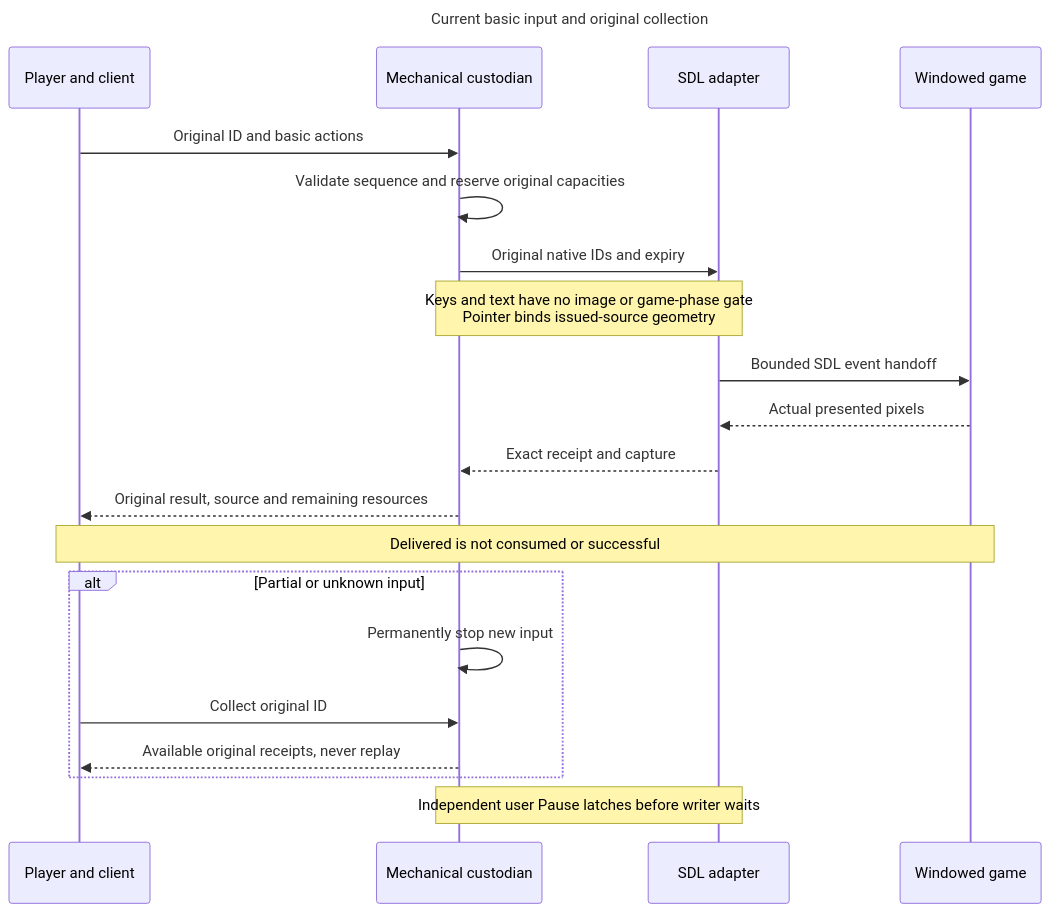
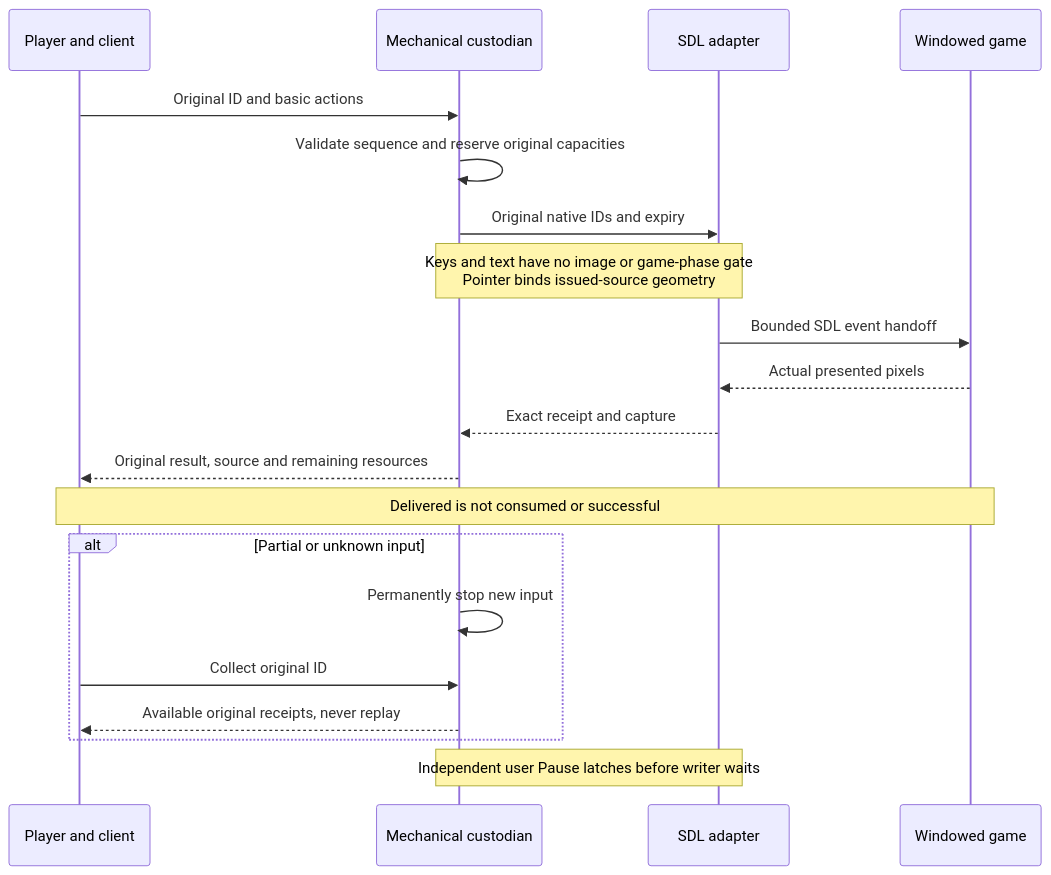
Before and after one commit to CVX-Hull/enactive: the diagram in docs/diagrams/action.mmd, drawn with Mermaid. The commit also changed 288 other files, not shown here.

```diff
--- a/docs/diagrams/action.mmd
+++ b/docs/diagrams/action.mmd
@@ -1,25 +1,22 @@
----
-title: Current basic input and original collection
----
 sequenceDiagram
   accTitle: Current basic input and original collection
   accDescr: The client assigns an original ID before HTTP submission. One writer validates the complete basic sequence and reserves original capacities. The adapter hands SDL events to the game and captures actual pixels. Delivery is not game success. Unknown or partial input permanently stops further input; collection preserves original IDs without replay. Pause bypasses the writer.
   participant P as Player and client
   participant C as Mechanical custodian
   participant N as SDL adapter
   participant G as Windowed game
   P->>C: Original ID and basic actions
   C->>C: Validate sequence and reserve original capacities
   C->>N: Original native IDs and expiry
   Note over C,N: Keys and text have no image or game-phase gate<br/>Pointer binds issued-source geometry
   N->>G: Bounded SDL event handoff
   G-->>N: Actual presented pixels
   N-->>C: Exact receipt and capture
   C-->>P: Original result, source and remaining resources
   Note over P,G: Delivered is not consumed or successful
   alt Partial or unknown input
     C->>C: Permanently stop new input
     P->>C: Collect original ID
     C-->>P: Available original receipts, never replay
   end
   Note over C,N: Independent user Pause latches before writer waits
```
